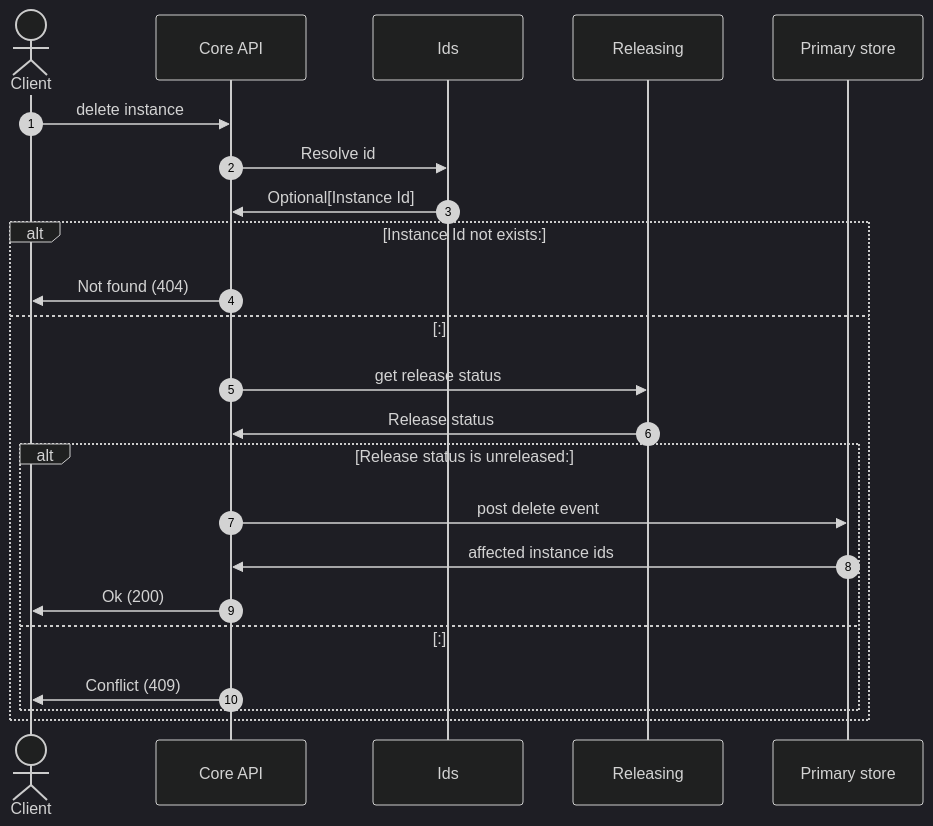
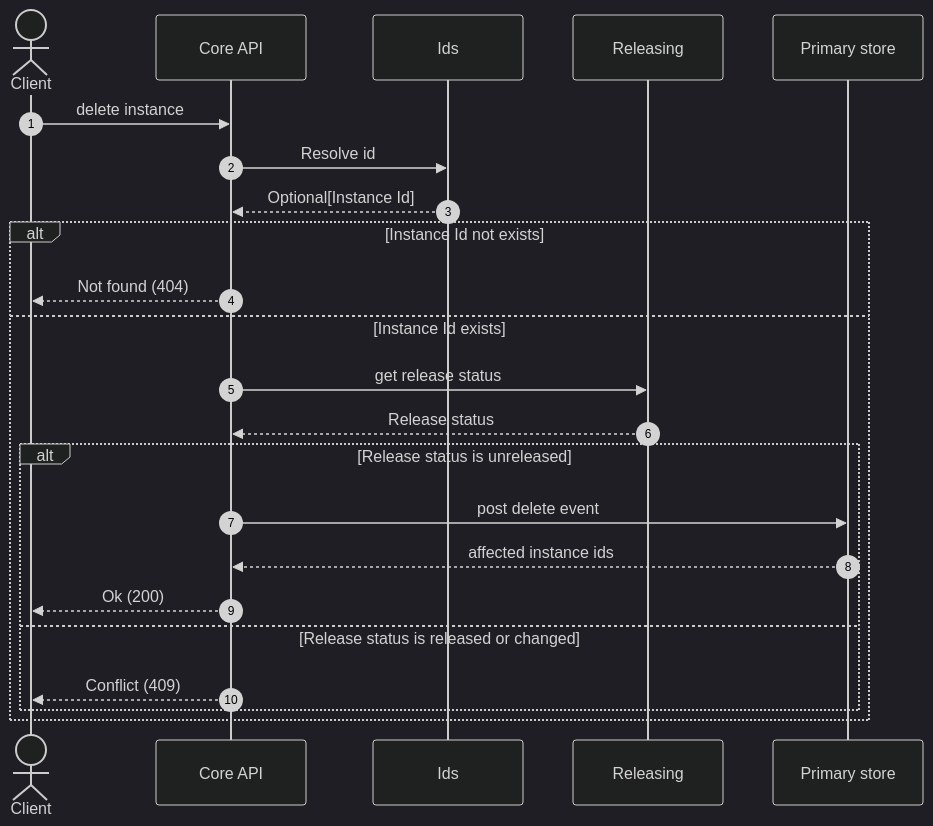
The fifth of 5 diagrams in services/kg-core-api/src/main/java/eu/ebrains/kg/core/api/instances.md (HumanBrainProject/kg-core), drawn with Mermaid (dark theme) before and after one commit. The commit also changed other lines of this file and 74 other files, not shown here.

````diff
--- a/services/kg-core-api/src/main/java/eu/ebrains/kg/core/api/instances.md
+++ b/services/kg-core-api/src/main/java/eu/ebrains/kg/core/api/instances.md
@@ -154,21 +154,21 @@
 ```mermaid
 sequenceDiagram   
   autonumber
   actor Client
   Client ->> Core API: delete instance
   Core API ->> Ids: Resolve id
-  Ids ->> Core API: Optional[Instance Id]
-  alt Instance Id not exists:
-    Core API ->> Client: Not found (404)
-  else:
+  Ids -->> Core API: Optional[Instance Id]
+  alt Instance Id not exists
+    Core API -->> Client: Not found (404)
+  else Instance Id exists
     Core API ->> Releasing: get release status
-    Releasing ->> Core API: Release status
-    alt Release status is unreleased:
+    Releasing -->> Core API: Release status
+    alt Release status is unreleased
         Core API ->> Primary store: post delete event
-        Primary store ->> Core API: affected instance ids
-        Core API ->> Client: Ok (200)
-    else:
-        Core API ->> Client: Conflict (409)
+        Primary store -->> Core API: affected instance ids
+        Core API -->> Client: Ok (200)
+    else Release status is released or changed
+        Core API -->> Client: Conflict (409)
     end
   end
 ```
````
